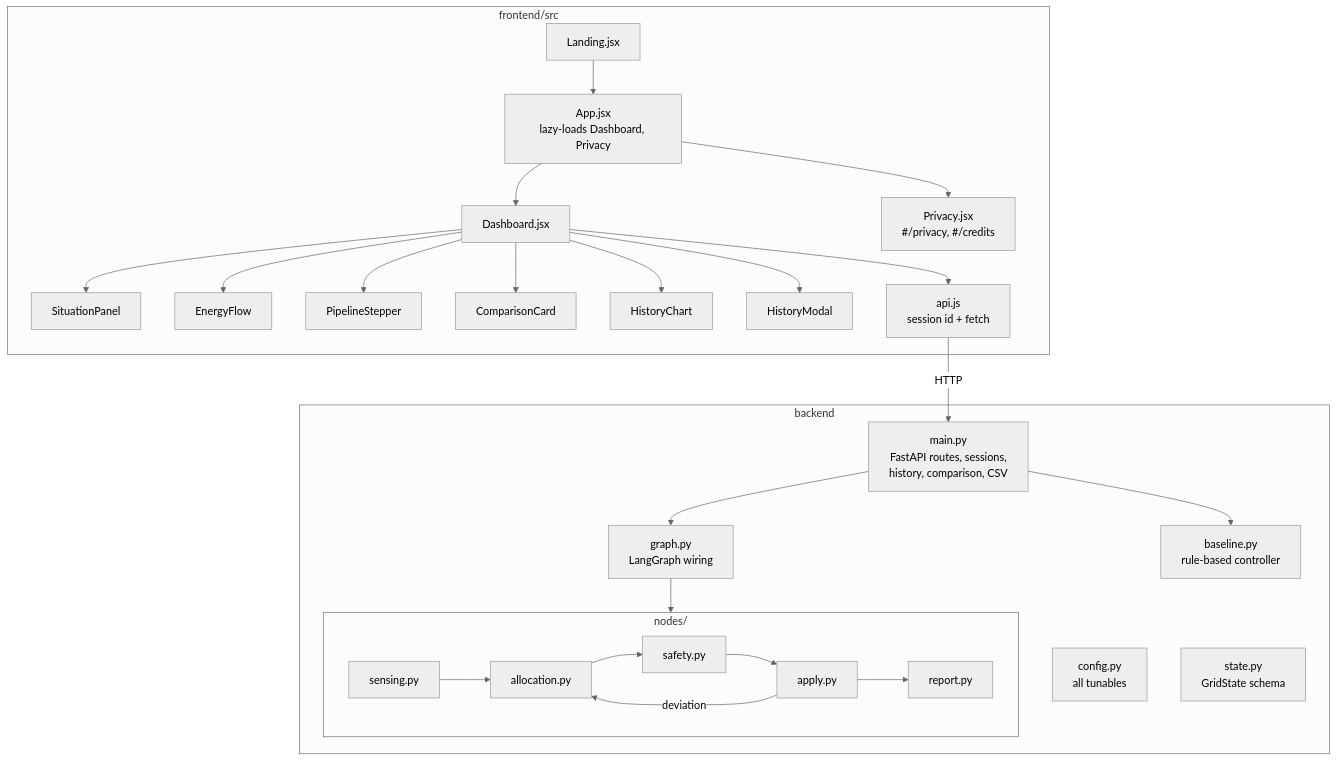
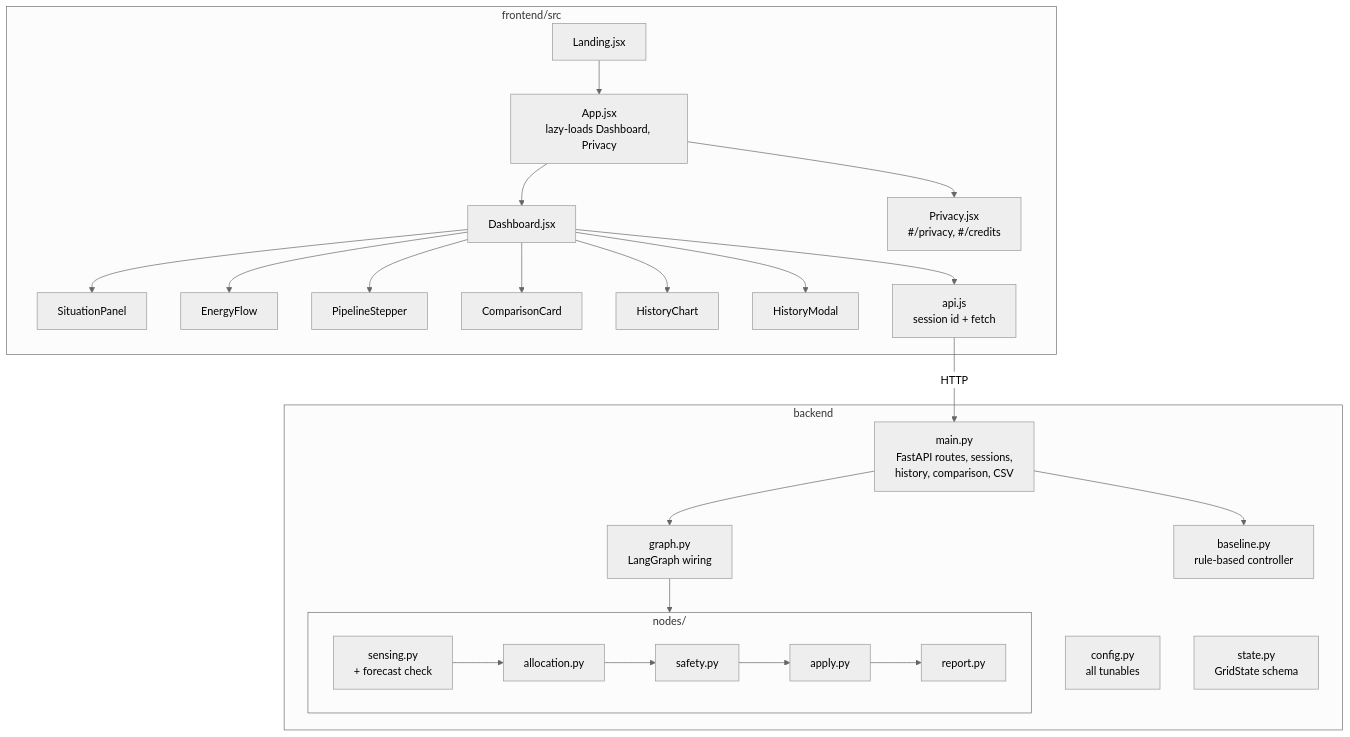
One commit to ritvik302005/surya-saarthi changed the second of 3 diagrams in docs/03-Architecture.md. Above: the diagram before and after it, drawn with Mermaid (neutral theme). The commit also changed other lines of this file and 28 other files, not shown here.

````diff
--- a/docs/03-Architecture.md
+++ b/docs/03-Architecture.md
@@ -40,30 +40,29 @@
 ```mermaid
 flowchart TB
   subgraph Frontend [frontend/src]
     L[Landing.jsx] --> APP[App.jsx<br/>lazy-loads Dashboard, Privacy]
     APP --> D[Dashboard.jsx]
     APP --> PV[Privacy.jsx<br/>#/privacy, #/credits]
     D --> SP[SituationPanel]
     D --> EF[EnergyFlow]
     D --> PS[PipelineStepper]
     D --> CC[ComparisonCard]
     D --> HC[HistoryChart]
     D --> HM[HistoryModal]
     D --> API[api.js<br/>session id + fetch]
   end
   subgraph Backend [backend]
     M[main.py<br/>FastAPI routes, sessions,<br/>history, comparison, CSV]
     G[graph.py<br/>LangGraph wiring]
     subgraph Nodes [nodes/]
-      SE[sensing.py] --> AL[allocation.py] --> SA[safety.py] --> AP[apply.py]
-      AP -- deviation --> AL
+      SE[sensing.py<br/>+ forecast check] --> AL[allocation.py] --> SA[safety.py] --> AP[apply.py]
       AP --> RE[report.py]
     end
     B[baseline.py<br/>rule-based controller]
     C[config.py<br/>all tunables]
     S[state.py<br/>GridState schema]
   end
   API -- HTTP --> M
   M --> G --> Nodes
   M --> B
 ```
````
